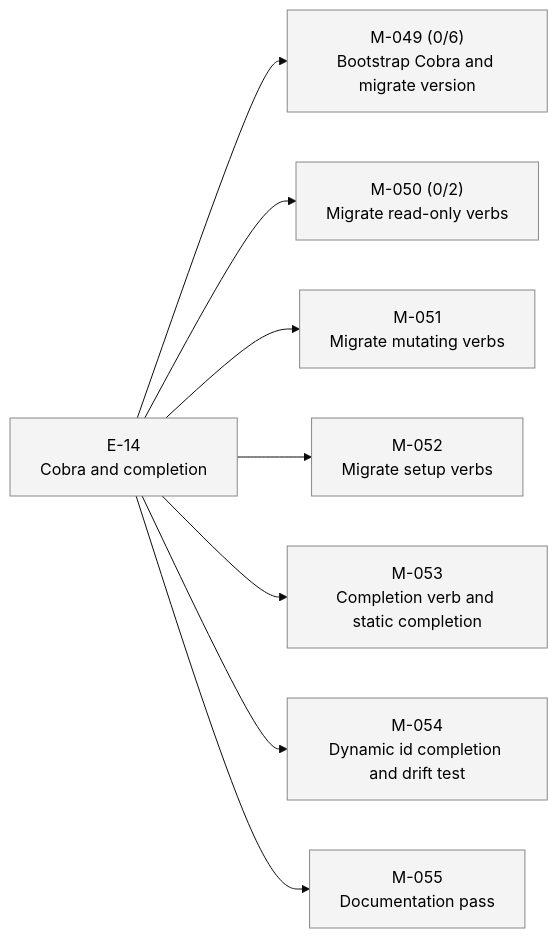
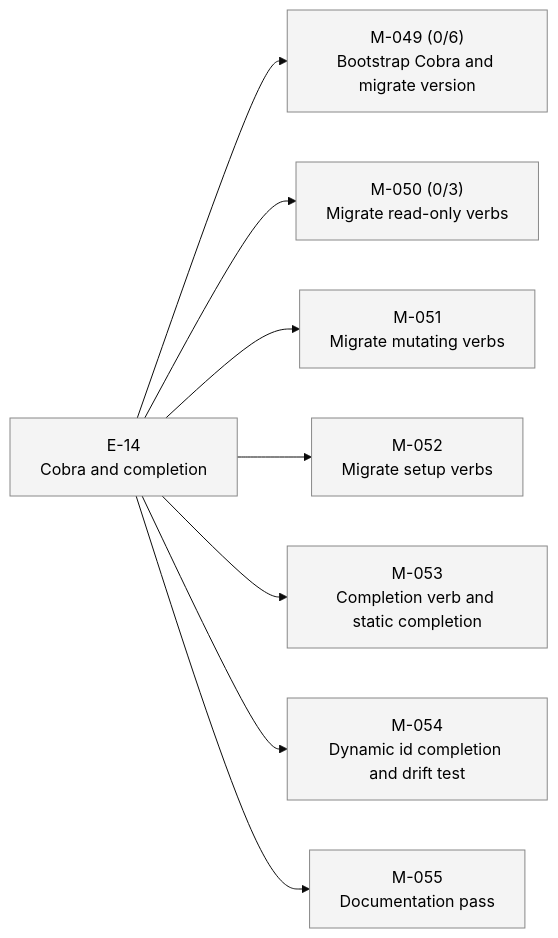
One commit to 23min/aiwf changed the second of 2 diagrams in STATUS.md. Above: the diagram before and after it, drawn with Mermaid (base theme). The commit also changed other lines of this file and 1 other file, not shown here.

First line of the commit message:
aiwf add ac M-050/AC-3 "Exit codes preserved for each migrated read-only verb"

````diff
--- a/STATUS.md
+++ b/STATUS.md
@@ -38,24 +38,24 @@
 ```mermaid
 flowchart LR
   E_14["E-14<br/>Cobra and completion"]:::epic_proposed
   M_049["M-049 (0/6)<br/>Bootstrap Cobra and migrate version"]:::ms_draft
   E_14 --> M_049
-  M_050["M-050 (0/2)<br/>Migrate read-only verbs"]:::ms_draft
+  M_050["M-050 (0/3)<br/>Migrate read-only verbs"]:::ms_draft
   E_14 --> M_050
   M_051["M-051<br/>Migrate mutating verbs"]:::ms_draft
   E_14 --> M_051
   M_052["M-052<br/>Migrate setup verbs"]:::ms_draft
   E_14 --> M_052
   M_053["M-053<br/>Completion verb and static completion"]:::ms_draft
   E_14 --> M_053
   M_054["M-054<br/>Dynamic id completion and drift test"]:::ms_draft
   E_14 --> M_054
   M_055["M-055<br/>Documentation pass"]:::ms_draft
   E_14 --> M_055
   classDef epic_active fill:#d6eaff,stroke:#1a73e8,color:#000
   classDef epic_proposed fill:#f4f4f4,stroke:#888,color:#000
   classDef ms_done fill:#d8f5d8,stroke:#2a8a2a,color:#000
   classDef ms_in_progress fill:#fff3c4,stroke:#caa400,color:#000
   classDef ms_draft fill:#f4f4f4,stroke:#888,color:#000
   classDef ms_cancelled fill:#fbeaea,stroke:#c33,color:#000
 ```
````
